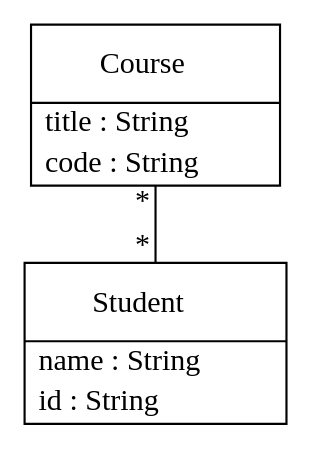
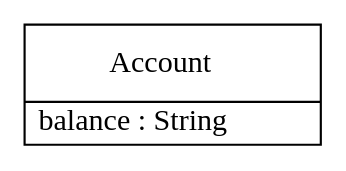
The diagram in data/models/playwright-model/modelcd.gv (ElwinLiu/umple-next), drawn with Graphviz before and after one commit. The commit also changed 10 other files, not shown here.

First line of the commit message:
refactor(frontend): remove dead code, deduplicate UMPLE_TARGETS constant

```diff
--- a/data/models/playwright-model/modelcd.gv
+++ b/data/models/playwright-model/modelcd.gv
@@ -1,38 +1,14 @@
 // Code generated by Umple 1.36.0.8088.f0fbd82bc
 
   digraph "model" {
     rankdir="BT"
     node [ratio="auto" shape=record margin=0; href="javascript:Action.selectClass(&quot;\N&quot;);"];
      edge [minlen=1 headclip="true"];
 
-  // Class: Student
-  "Student" [shape=plaintext margin=0 label=<<table border="1" cellspacing="0" cellborder="0" cellpadding="2"><tr><td cellpadding="10">    Student </td></tr><hr/><tr><td align="left" href="" title="String name&#13;">  name : String  </td></tr><tr><td align="left" href="" title="String id&#13;">  id : String  </td></tr></table>>,
-   tooltip="class Student
-Umple model&#13;"];
-
-  // Class: Course
-  "Course" [shape=plaintext margin=0 label=<<table border="1" cellspacing="0" cellborder="0" cellpadding="2"><tr><td cellpadding="10">    Course </td></tr><hr/><tr><td align="left" href="" title="String title&#13;">  title : String  </td></tr><tr><td align="left" href="" title="String code&#13;">  code : String  </td></tr></table>>,
-   tooltip="class Course
+  // Class: Account
+  "Account" [shape=plaintext margin=0 label=<<table border="1" cellspacing="0" cellborder="0" cellpadding="2"><tr><td cellpadding="10">    Account </td></tr><hr/><tr><td align="left" href="" title="String balance&#13;">  balance : String  </td></tr></table>>,
+   tooltip="class Account
 "];
 
   // All associations
-  "Student" -> "Course" [dir="none", taillabel="* ", headlabel="* ", tooltip="Student *  -- *  Course
-
-A Course has some Students. It can have none, and there is no upper bound defined.
-
-A Student has some Courses. It can have none, and there is no upper bound defined.
-
-" headtooltip="Student *  -- *  Course
-
-A Course has some Students. It can have none, and there is no upper bound defined.
-
-A Student has some Courses. It can have none, and there is no upper bound defined.
-
-" tailtooltip="Student *  -- *  Course
-
-A Course has some Students. It can have none, and there is no upper bound defined.
-
-A Student has some Courses. It can have none, and there is no upper bound defined.
-
-" URL="javascript:Action.selectAssociation('Student,Course,* ,* ')" ];
 }
```
